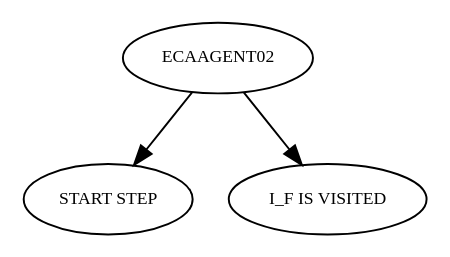
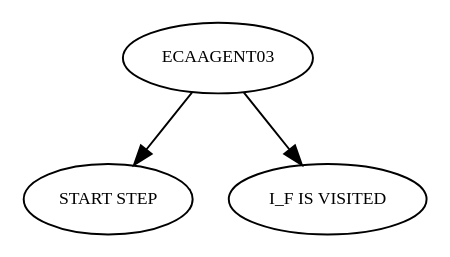
Before and after one commit to jescasany/adaptor001: the diagram in tree02.dot, drawn with Graphviz. The commit also changed 12 other files, not shown here.

```diff
--- a/tree02.dot
+++ b/tree02.dot
@@ -1,11 +1,11 @@
 strict digraph  {
 	graph [bgcolor=white,
 		ordering=out,
 		rotate=0
 	];
 	node [color=black,
 		fontsize=9
 	];
-	ECAAGENT02 -> "START STEP";
-	ECAAGENT02 -> "I_F IS VISITED";
+	ECAAGENT03 -> "START STEP";
+	ECAAGENT03 -> "I_F IS VISITED";
 }
```
